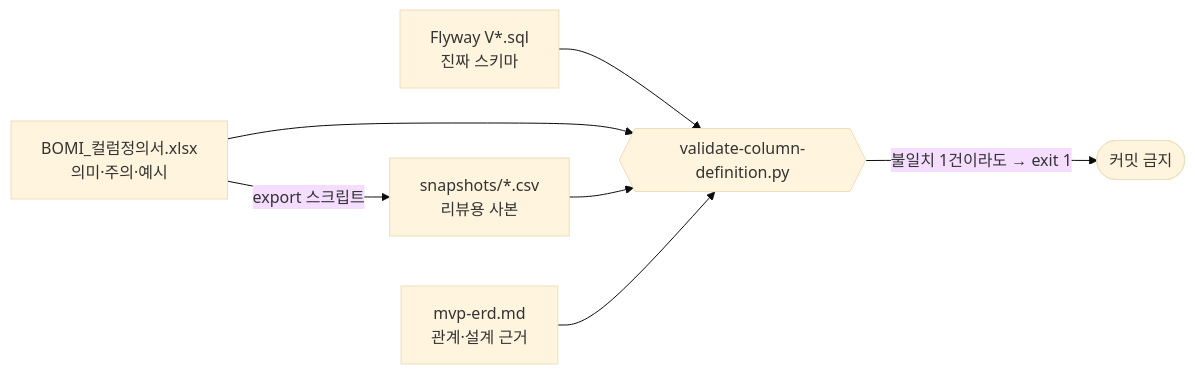
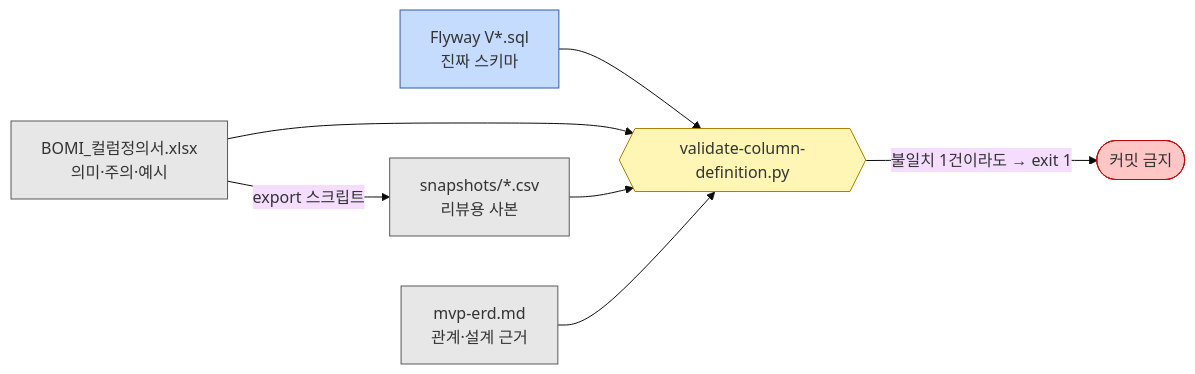
The diagram in docs/database/column-definition/README.md (bomi-aiot/BOMI), drawn with Mermaid (base theme) before and after one commit. The commit also changed 13 other files, not shown here.

First line of the commit message:
docs: 문서 다이어그램 팔레트 통일과 배치 정리

````diff
--- a/docs/database/column-definition/README.md
+++ b/docs/database/column-definition/README.md
@@ -16,15 +16,20 @@
 ```mermaid
 flowchart LR
-    FW["Flyway V*.sql<br/>진짜 스키마"]
-    XL["BOMI_컬럼정의서.xlsx<br/>의미·주의·예시"]
-    CSV["snapshots/*.csv<br/>리뷰용 사본"]
-    ERD["mvp-erd.md<br/>관계·설계 근거"]
-    VAL{{"validate-column-definition.py"}}
+    FW["Flyway V*.sql<br/>진짜 스키마"]:::backend
+    XL["BOMI_컬럼정의서.xlsx<br/>의미·주의·예시"]:::data
+    CSV["snapshots/*.csv<br/>리뷰용 사본"]:::data
+    ERD["mvp-erd.md<br/>관계·설계 근거"]:::data
+    VAL{{"validate-column-definition.py"}}:::tool
 
     XL -->|export 스크립트| CSV
     FW --> VAL
     XL --> VAL
     CSV --> VAL
     ERD --> VAL
-    VAL -->|"불일치 1건이라도 → exit 1"| STOP(["커밋 금지"])
+    VAL -->|"불일치 1건이라도 → exit 1"| STOP(["커밋 금지"]):::danger
+
+    classDef backend fill:#c6dcff,stroke:#305bab
+    classDef data fill:#e7e7e7,stroke:#595959
+    classDef tool fill:#fff6b6,stroke:#af7e02
+    classDef danger fill:#ffc6c6,stroke:#bd0909
 ```
````
